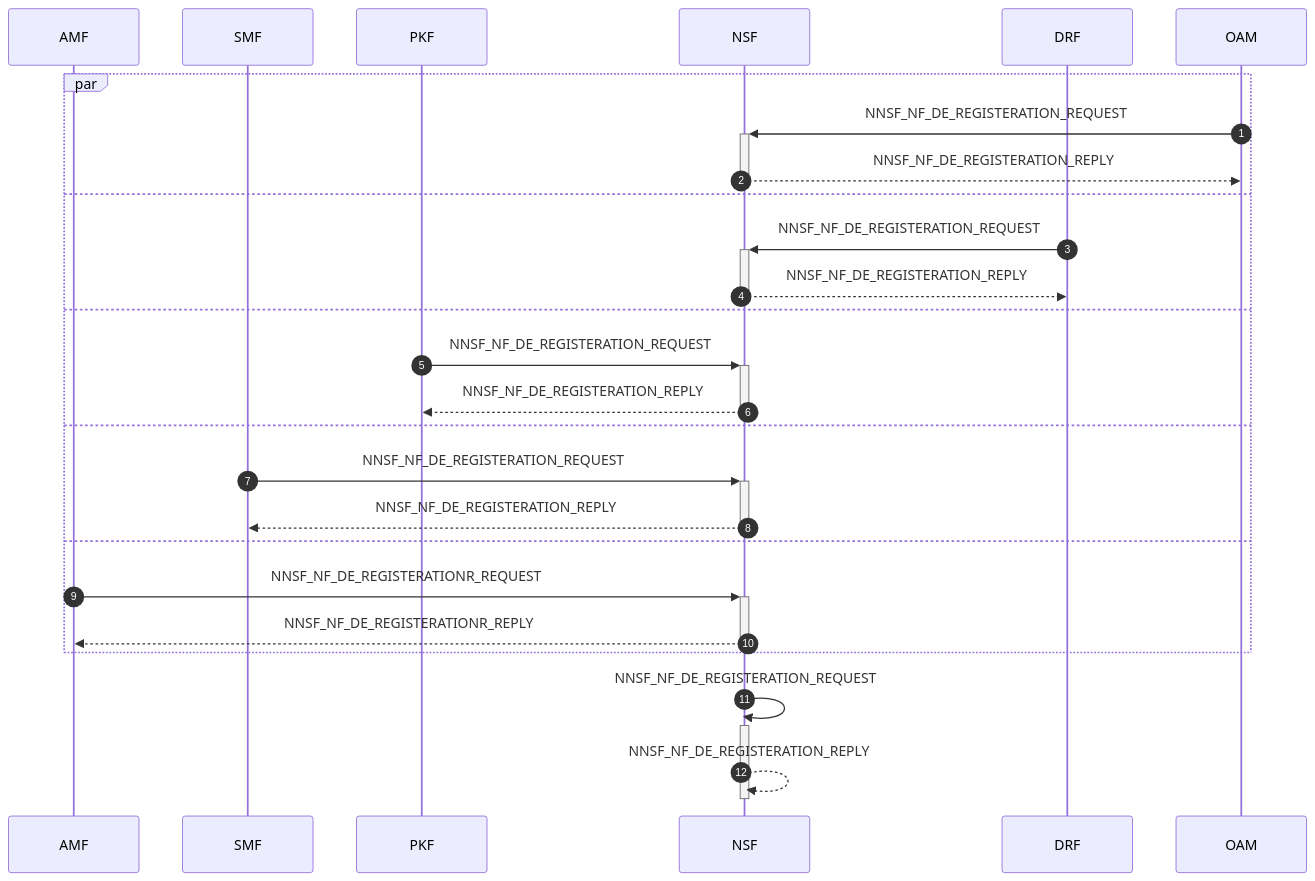
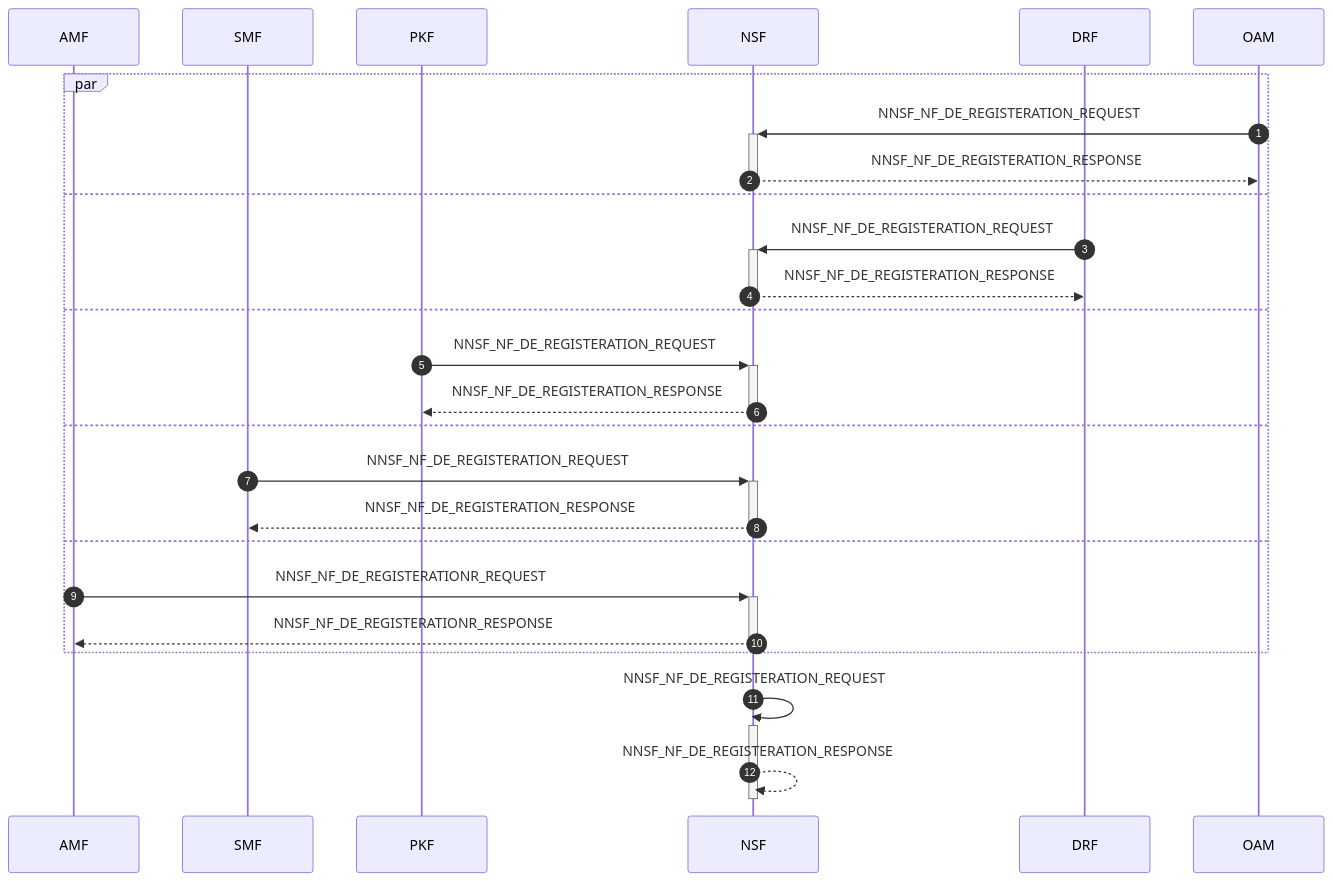
One commit to veil-link/veilink changed the second of 21 diagrams in doc/doc-spec/00-series-general/00.002-procedure.md. Above: the diagram before and after it, drawn with Mermaid. The commit also changed other lines of this file, not shown here.

Commit message:
chore: update reply to response

````diff
--- a/doc/doc-spec/00-series-general/00.002-procedure.md
+++ b/doc/doc-spec/00-series-general/00.002-procedure.md
@@ -43,31 +43,31 @@
 ```mermaid
 sequenceDiagram
     autonumber
 
     participant amf as AMF
     participant smf as SMF
     participant pkf as PKF
     participant nsf as NSF
     participant drf as DRF
     participant oam as OAM
 
     par
         oam ->>+ nsf: NNSF_NF_DE_REGISTERATION_REQUEST
-        nsf -->>- oam: NNSF_NF_DE_REGISTERATION_REPLY
+        nsf -->>- oam: NNSF_NF_DE_REGISTERATION_RESPONSE
     and
         drf ->>+ nsf: NNSF_NF_DE_REGISTERATION_REQUEST
-        nsf -->>- drf: NNSF_NF_DE_REGISTERATION_REPLY
+        nsf -->>- drf: NNSF_NF_DE_REGISTERATION_RESPONSE
     and
         pkf ->>+ nsf: NNSF_NF_DE_REGISTERATION_REQUEST
-        nsf -->>- pkf: NNSF_NF_DE_REGISTERATION_REPLY
+        nsf -->>- pkf: NNSF_NF_DE_REGISTERATION_RESPONSE
     and
         smf ->>+ nsf: NNSF_NF_DE_REGISTERATION_REQUEST
-        nsf -->>- smf: NNSF_NF_DE_REGISTERATION_REPLY
+        nsf -->>- smf: NNSF_NF_DE_REGISTERATION_RESPONSE
     and
         amf ->>+ nsf: NNSF_NF_DE_REGISTERATIONR_REQUEST
-        nsf -->>- amf: NNSF_NF_DE_REGISTERATIONR_REPLY
+        nsf -->>- amf: NNSF_NF_DE_REGISTERATIONR_RESPONSE
     end
 
     nsf ->>+ nsf: NNSF_NF_DE_REGISTERATION_REQUEST
-    nsf -->>- nsf: NNSF_NF_DE_REGISTERATION_REPLY
+    nsf -->>- nsf: NNSF_NF_DE_REGISTERATION_RESPONSE
 ```
````
